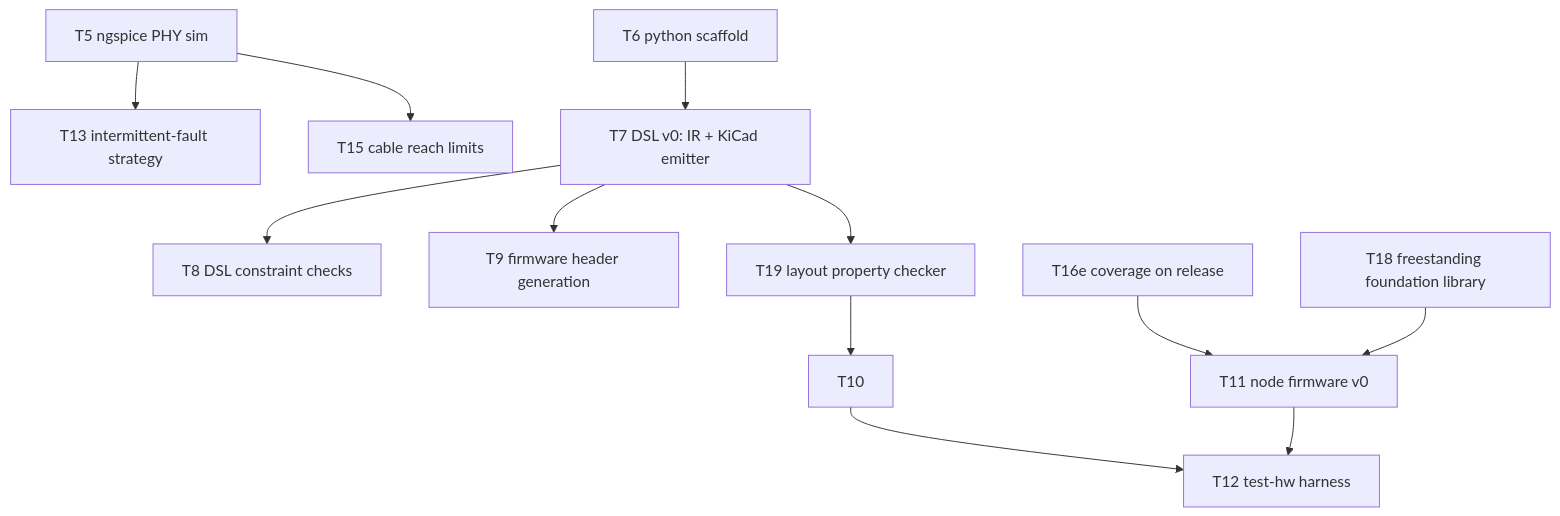
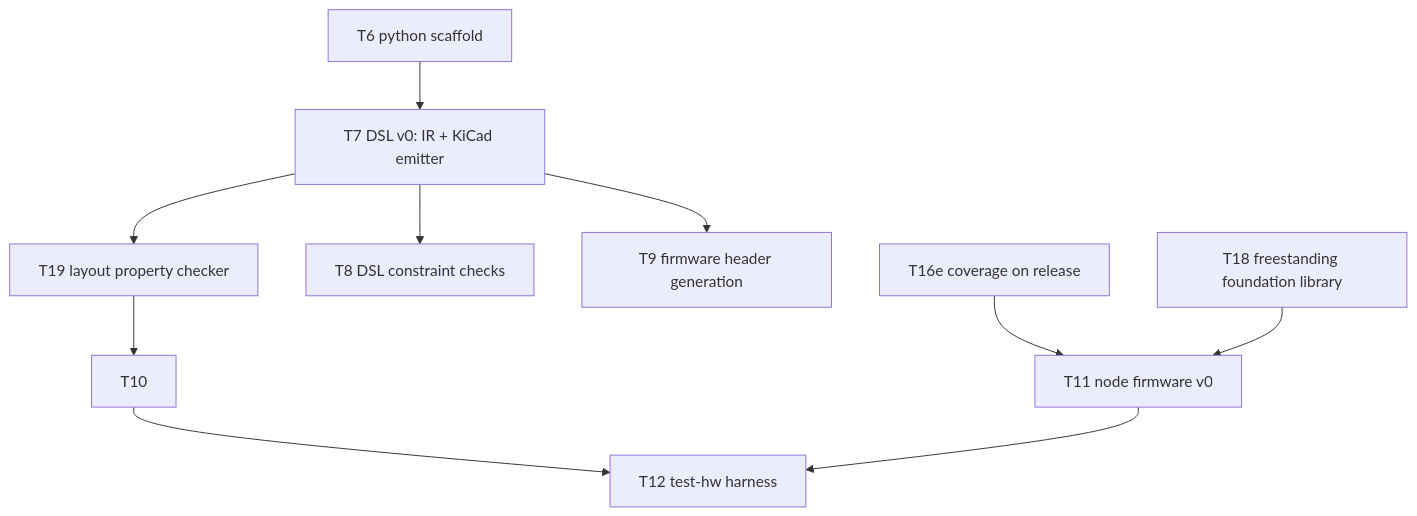
The diagram in KANBAN.md (kristofferkoch/oparroy), drawn with Mermaid before and after one commit. The commit also changed other lines of this file and 9 other files, not shown here.

First line of the commit message:
T5: PHY ngspice sim — no analog hysteresis, pull-down parks severed segments

````diff
--- a/KANBAN.md
+++ b/KANBAN.md
@@ -34,14 +34,12 @@
 ```mermaid
 graph TD
-    T5[T5 ngspice PHY sim] --> T13[T13 intermittent-fault strategy]
     T19 --> T10
     T6[T6 python scaffold] --> T7[T7 DSL v0: IR + KiCad emitter]
     T7 --> T8[T8 DSL constraint checks]
     T7 --> T9[T9 firmware header generation]
     T7 --> T19[T19 layout property checker]
     T10 --> T12[T12 test-hw harness]
     T11 --> T12
-    T5 --> T15[T15 cable reach limits]
     T16e[T16e coverage on release] --> T11[T11 node firmware v0]
     T18[T18 freestanding foundation library] --> T11
 ```
````
